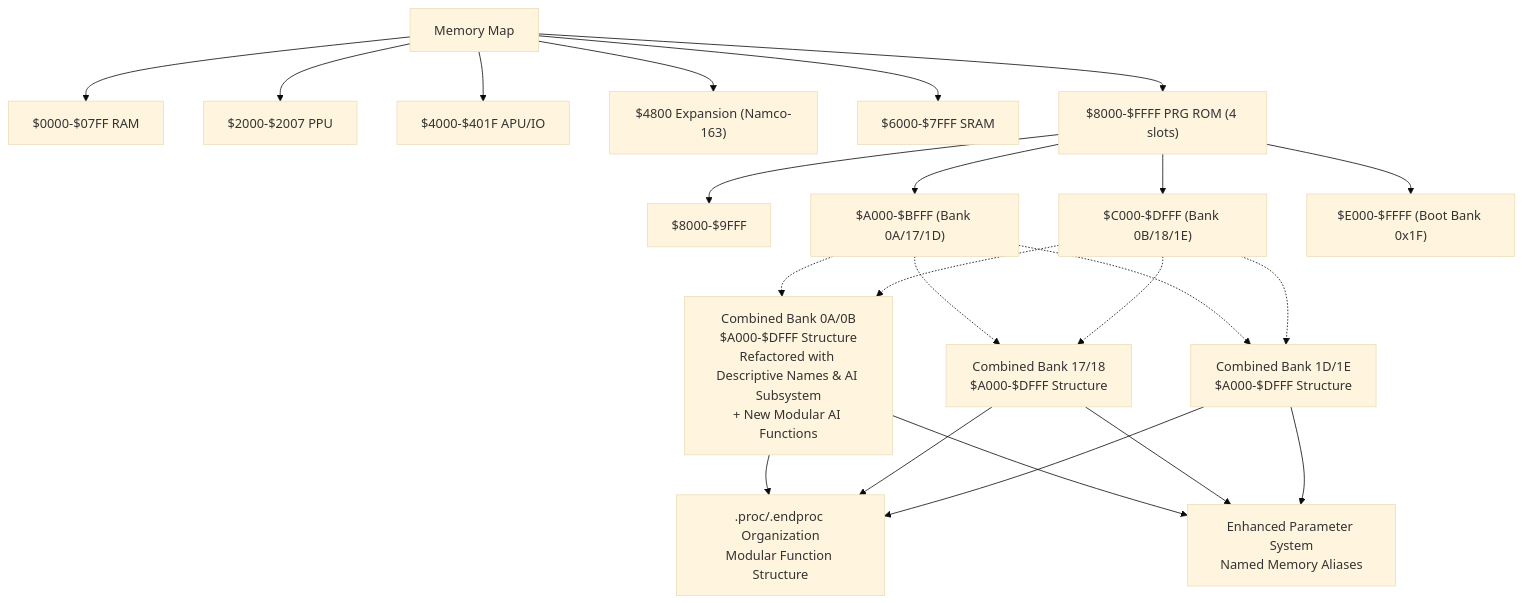
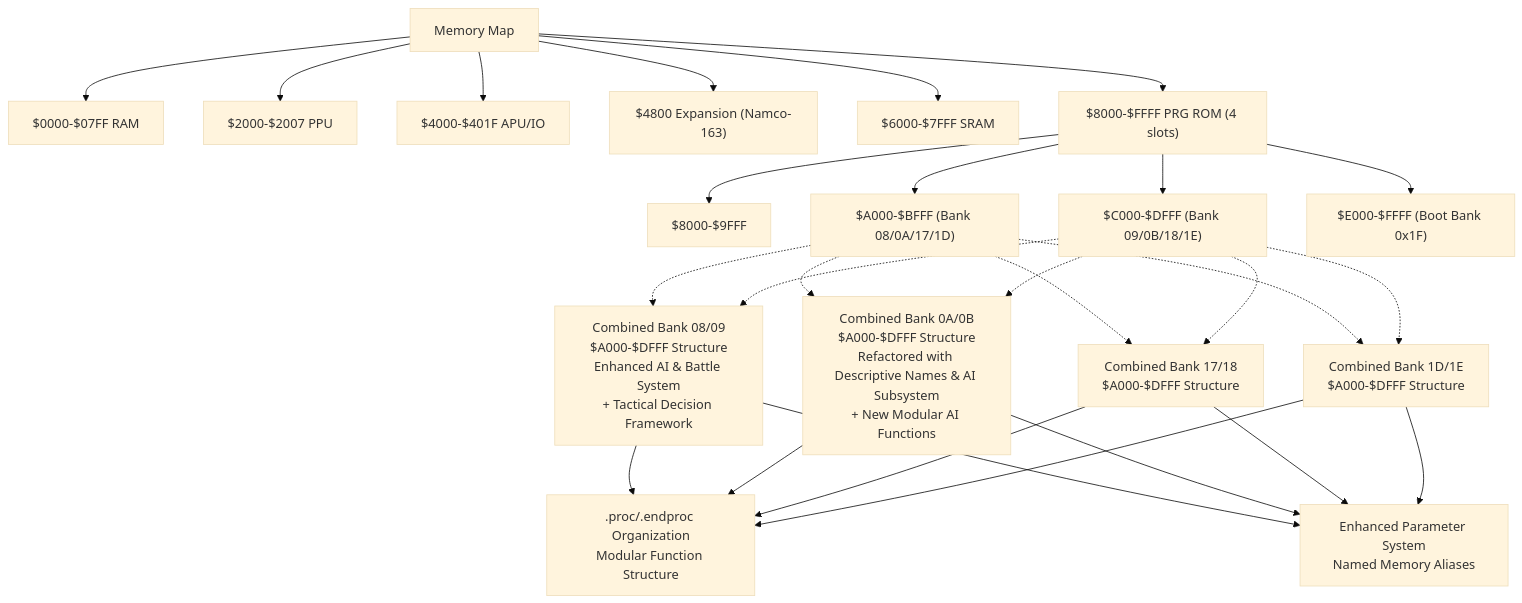
One commit to rabbyzero/sango2dasm changed the third of 21 diagrams in .qoder/repowiki/en/content/Assembly Architecture/Assembly Architecture.md. Above: the diagram before and after it, drawn with Mermaid (base theme). The commit also changed other lines of this file and 34 other files, not shown here.

First line of the commit message:
Consolidate PRG banks 0E-0F into combined disassembly

````diff
--- a/.qoder/repowiki/en/content/Assembly Architecture/Assembly Architecture.md
+++ b/.qoder/repowiki/en/content/Assembly Architecture/Assembly Architecture.md
@@ -332,30 +391,35 @@
 ```mermaid
 flowchart TD
 MEM["Memory Map"] --> RAM["$0000-$07FF RAM"]
 MEM --> PPUREG["$2000-$2007 PPU"]
 MEM --> IOREG["$4000-$401F APU/IO"]
 MEM --> EXPROM["$4800 Expansion (Namco-163)"]
 MEM --> SRAM["$6000-$7FFF SRAM"]
 MEM --> PRG["$8000-$FFFF PRG ROM (4 slots)"]
 PRG --> SLOT0["$8000-$9FFF"]
-PRG --> SLOT1["$A000-$BFFF (Bank 0A/17/1D)"]
-PRG --> SLOT2["$C000-$DFFF (Bank 0B/18/1E)"]
+PRG --> SLOT1["$A000-$BFFF (Bank 08/0A/17/1D)"]
+PRG --> SLOT2["$C000-$DFFF (Bank 09/0B/18/1E)"]
 PRG --> SLOT3["$E000-$FFFF (Boot Bank 0x1F)"]
+COMBINED08_09["Combined Bank 08/09<br/>$A000-$DFFF Structure<br/>Enhanced AI & Battle System<br/>+ Tactical Decision Framework"]
 COMBINED0A_0B["Combined Bank 0A/0B<br/>$A000-$DFFF Structure<br/>Refactored with Descriptive Names & AI Subsystem<br/>+ New Modular AI Functions"]
 COMBINED17_18["Combined Bank 17/18<br/>$A000-$DFFF Structure"]
 COMBINED1D_1E["Combined Bank 1D/1E<br/>$A000-$DFFF Structure"]
+SLOT1 -.-> COMBINED08_09
 SLOT1 -.-> COMBINED0A_0B
 SLOT1 -.-> COMBINED17_18
 SLOT1 -.-> COMBINED1D_1E
+SLOT2 -.-> COMBINED08_09
 SLOT2 -.-> COMBINED0A_0B
 SLOT2 -.-> COMBINED17_18
 SLOT2 -.-> COMBINED1D_1E
 PROC[".proc/.endproc Organization<br/>Modular Function Structure"]
 PARAMSYS["Enhanced Parameter System<br/>Named Memory Aliases"]
+COMBINED08_09 --> PROC
+COMBINED08_09 --> PARAMSYS
 COMBINED0A_0B --> PROC
 COMBINED0A_0B --> PARAMSYS
 COMBINED17_18 --> PROC
 COMBINED17_18 --> PARAMSYS
 COMBINED1D_1E --> PROC
 COMBINED1D_1E --> PARAMSYS
 ```
````
